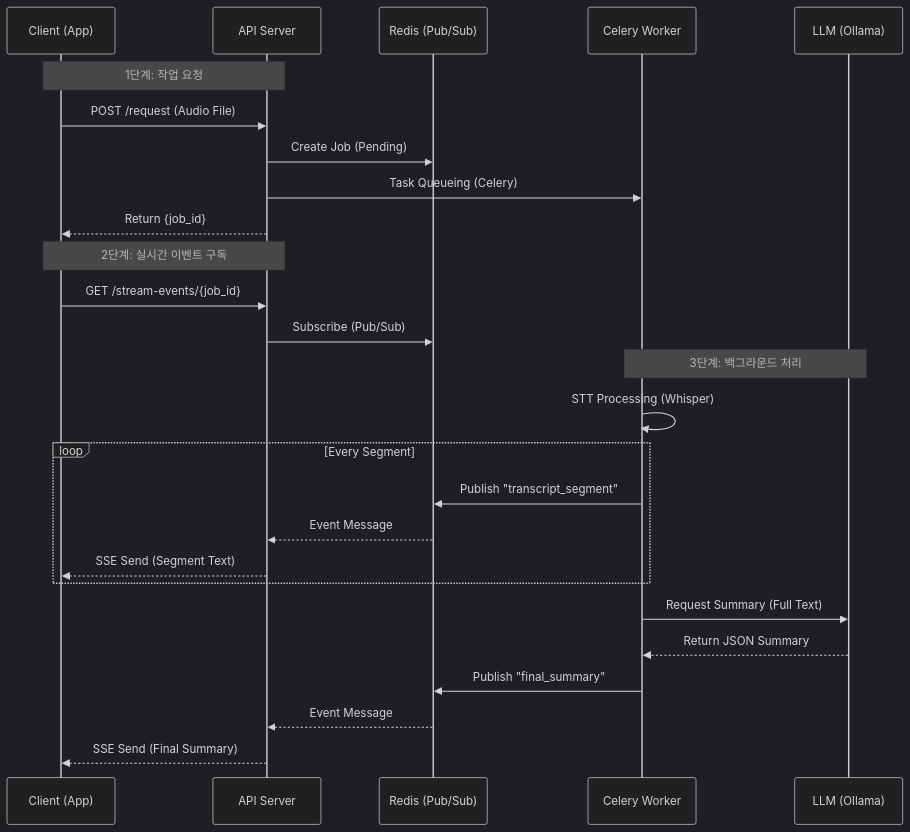
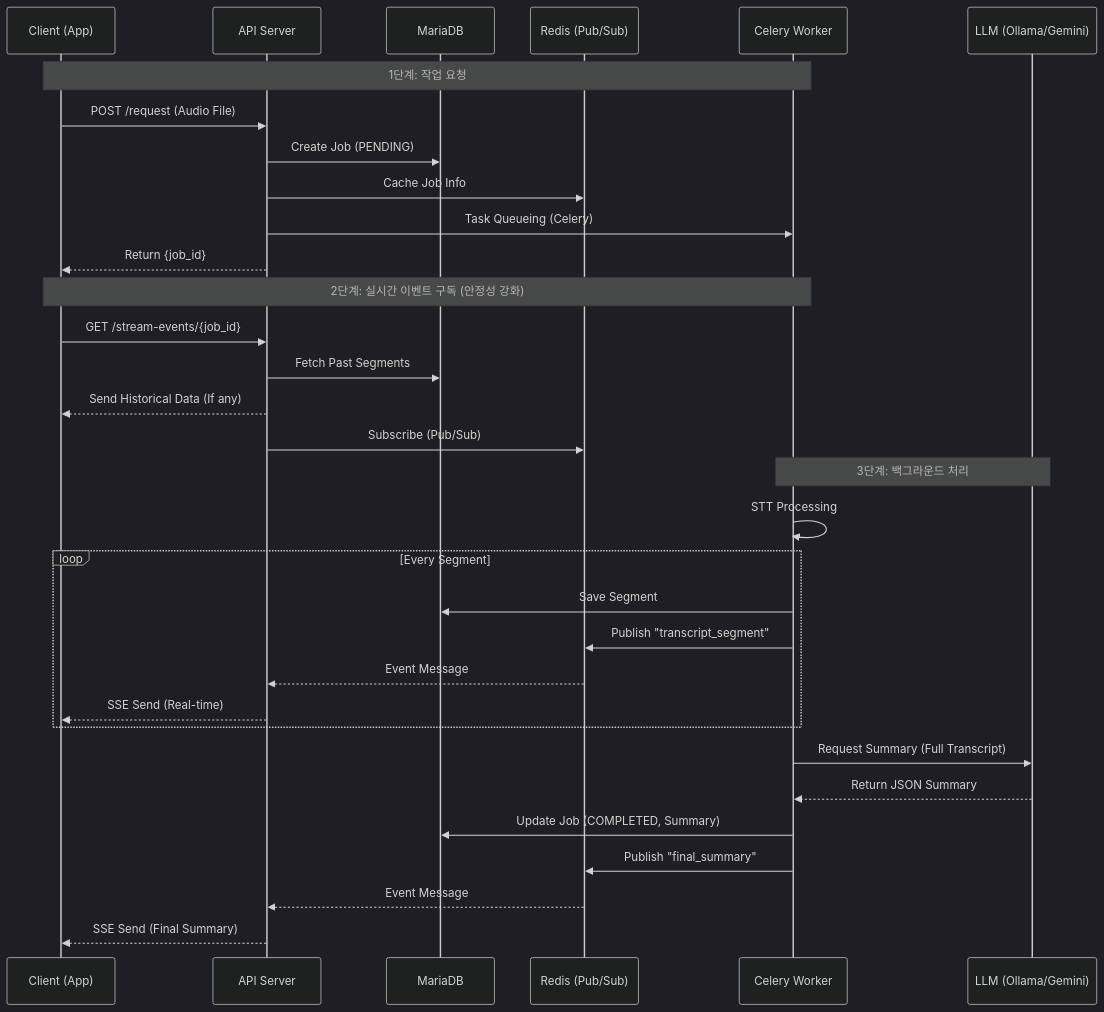
One commit to 06171002/curemate_api changed the first of 2 diagrams in README.md. Above: the diagram before and after it, drawn with Mermaid (dark theme). The commit also changed other lines of this file, not shown here.

````diff
--- a/README.md
+++ b/README.md
@@ -114,32 +130,38 @@
 ```mermaid
 sequenceDiagram
     participant C as Client (App)
     participant API as API Server
+    participant DB as MariaDB
     participant R as Redis (Pub/Sub)
     participant W as Celery Worker
-    participant L as LLM (Ollama)
+    participant L as LLM (Ollama/Gemini)
 
-    Note over C, API: 1단계: 작업 요청
+    Note over C, W: 1단계: 작업 요청
     C->>API: POST /request (Audio File)
-    API->>R: Create Job (Pending)
+    API->>DB: Create Job (PENDING)
+    API->>R: Cache Job Info
     API->>W: Task Queueing (Celery)
     API-->>C: Return {job_id}
 
-    Note over C, API: 2단계: 실시간 이벤트 구독
+    Note over C, W: 2단계: 실시간 이벤트 구독 (안정성 강화)
     C->>API: GET /stream-events/{job_id}
+    API->>DB: Fetch Past Segments
+    API-->>C: Send Historical Data (If any)
     API->>R: Subscribe (Pub/Sub)
 
     Note over W, L: 3단계: 백그라운드 처리
-    W->>W: STT Processing (Whisper)
+    W->>W: STT Processing
     loop Every Segment
+        W->>DB: Save Segment
         W->>R: Publish "transcript_segment"
         R-->>API: Event Message
-        API-->>C: SSE Send (Segment Text)
+        API-->>C: SSE Send (Real-time)
     end
 
-    W->>L: Request Summary (Full Text)
+    W->>L: Request Summary (Full Transcript)
     L-->>W: Return JSON Summary
+    W->>DB: Update Job (COMPLETED, Summary)
     W->>R: Publish "final_summary"
     R-->>API: Event Message
     API-->>C: SSE Send (Final Summary)
 ```
````
